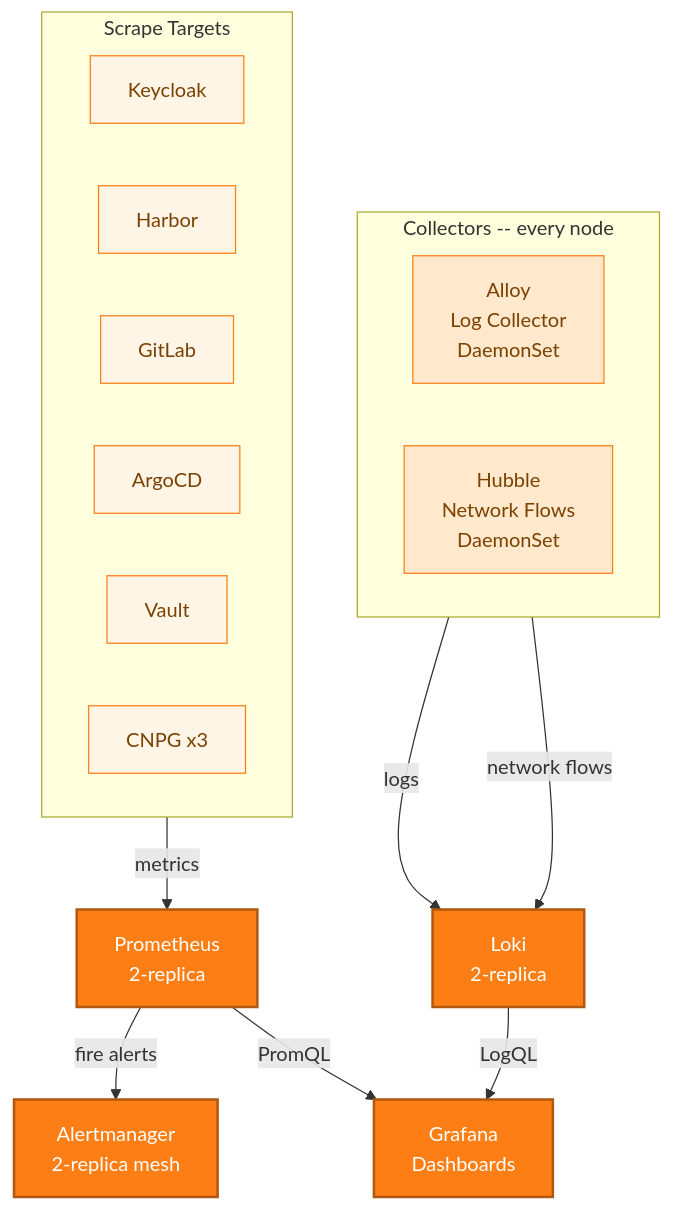
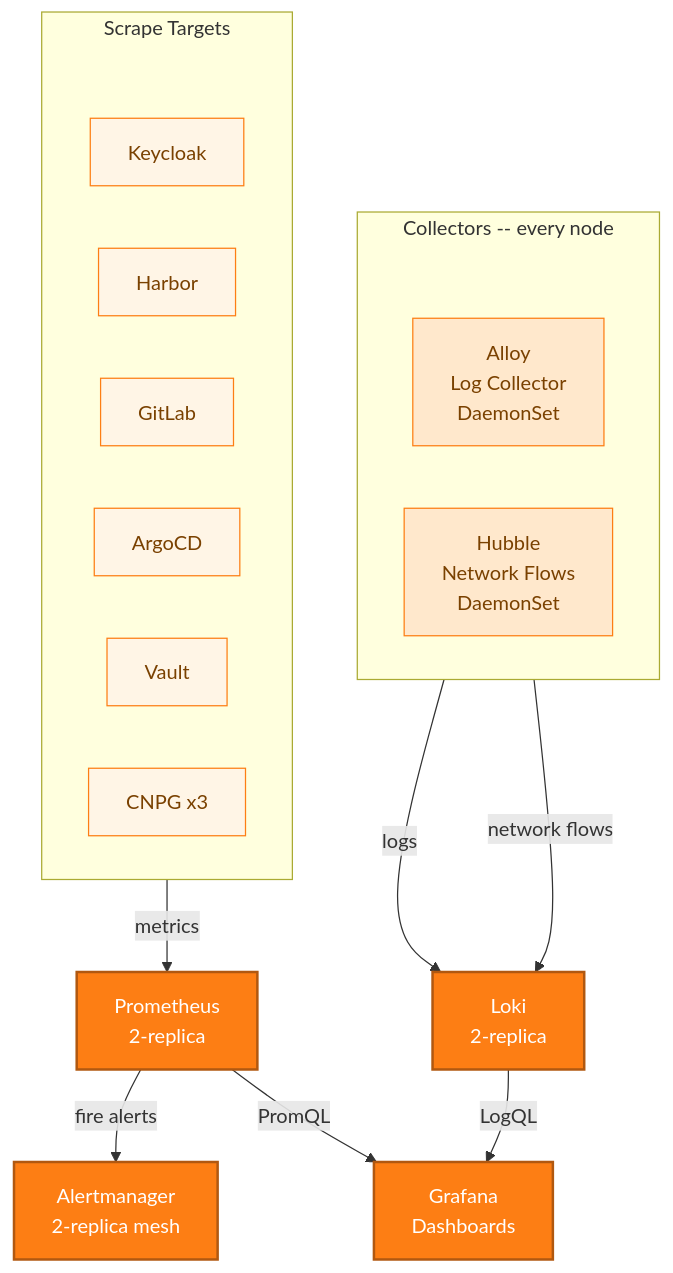
Before and after one commit to derhornspieler/harvester-rke2-svcs: the sixth of 9 diagrams in docs/architecture/landscape.md, drawn with Mermaid. The commit also changed other lines of this file, not shown here.

First line of the commit message:
fix: add spacer nodes to prevent subgraph title overlap in Mermaid

````diff
--- a/docs/architecture/landscape.md
+++ b/docs/architecture/landscape.md
@@ -211,38 +221,41 @@
 ```mermaid
 graph TD
     subgraph collectors["Collectors -- every node"]
         direction LR
+        c_pad[ ]:::hidden
         Alloy["Alloy<br/>Log Collector<br/>DaemonSet"]
         Hubble["Hubble<br/>Network Flows<br/>DaemonSet"]
     end
 
     subgraph targets["Scrape Targets"]
         direction LR
+        t_pad[ ]:::hidden
         T1["Keycloak"]
         T2["Harbor"]
         T3["GitLab"]
         T4["ArgoCD"]
         T5["Vault"]
         T6["CNPG x3"]
     end
 
     Prom["Prometheus<br/>2-replica"]
     Loki["Loki<br/>2-replica"]
     AM["Alertmanager<br/>2-replica mesh"]
     Grafana["Grafana<br/>Dashboards"]
 
     targets -- "metrics" --> Prom
     Alloy -- "logs" --> Loki
     Hubble -- "network flows" --> Loki
     Prom -- "fire alerts" --> AM
     Prom -- "PromQL" --> Grafana
     Loki -- "LogQL" --> Grafana
 
     classDef obs fill:#fd7e14,color:#fff,stroke:#b15810,stroke-width:2px
     classDef target fill:#fff5e6,color:#7a4100,stroke:#fd7e14,stroke-width:1px
     classDef collector fill:#ffe8cc,color:#7a4100,stroke:#fd7e14,stroke-width:1px
 
     class Prom,Loki,AM,Grafana obs
     class T1,T2,T3,T4,T5,T6 target
     class Alloy,Hubble collector
+    classDef hidden display:none
 ```
````
